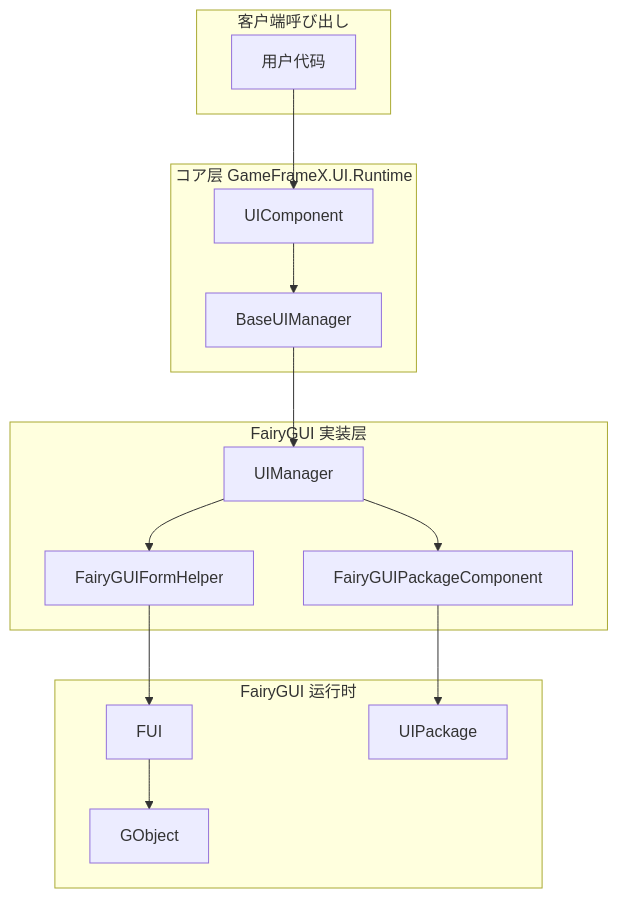
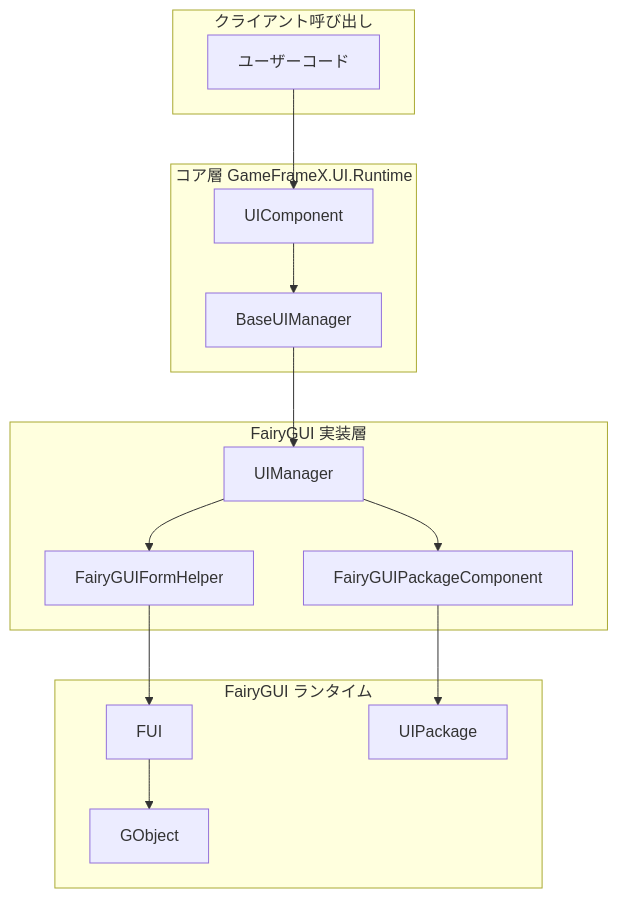
One commit to AlianBlank/GameFrameX.Docs changed the first of 4 diagrams in docs/ja/client/unity/component/ui-fairygui/07.open-close-ui.md. Above: the diagram before and after it, drawn with Mermaid. The commit also changed other lines of this file and 320 other files, not shown here.

````diff
--- a/docs/ja/client/unity/component/ui-fairygui/07.open-close-ui.md
+++ b/docs/ja/client/unity/component/ui-fairygui/07.open-close-ui.md
@@ -19,32 +19,32 @@
 ```mermaid
 flowchart TD
-    subgraph Client["客户端呼び出し"]
-        User[用户代码]
+    subgraph Client["クライアント呼び出し"]
+        User[ユーザーコード]
     end
 
-    subgraph Core["コア层 GameFrameX.UI.Runtime"]
+    subgraph Core["コア層 GameFrameX.UI.Runtime"]
         UIComponent[UIComponent]
         BaseUIManager[BaseUIManager]
     end
 
-    subgraph FairyGUI["FairyGUI 実装层"]
+    subgraph FairyGUI["FairyGUI 実装層"]
         UIManager[UIManager]
         FairyGUIFormHelper[FairyGUIFormHelper]
         FairyGUIPackageComponent[FairyGUIPackageComponent]
     end
 
-    subgraph FairyGUIRuntime["FairyGUI 运行时"]
+    subgraph FairyGUIRuntime["FairyGUI ランタイム"]
         FUI[FUI]
         GObject[GObject]
         UIPackage[UIPackage]
     end
 
     User --> UIComponent
     UIComponent --> BaseUIManager
     BaseUIManager --> UIManager
     UIManager --> FairyGUIFormHelper
     UIManager --> FairyGUIPackageComponent
     FairyGUIFormHelper --> FUI
     FUI --> GObject
     FairyGUIPackageComponent --> UIPackage
 ```
````
